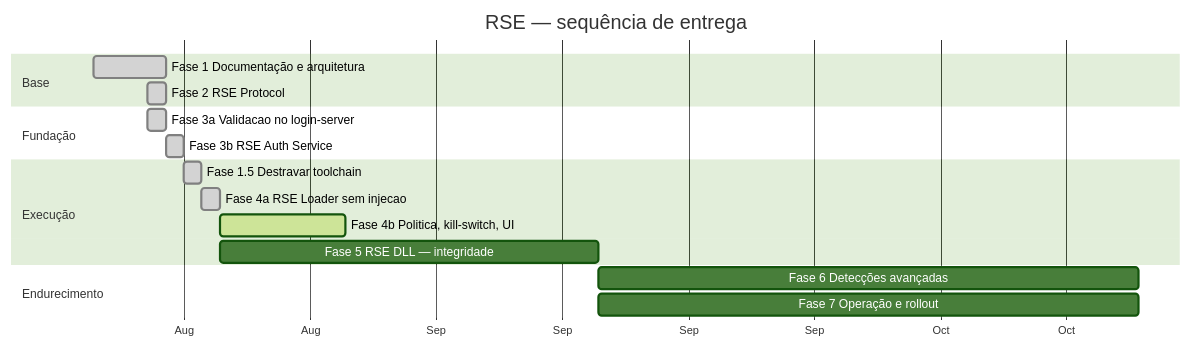
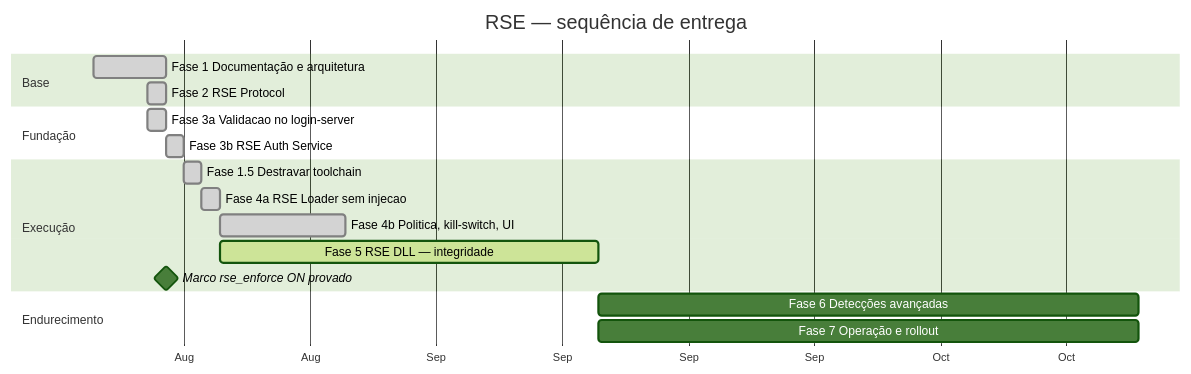
Before and after one commit to phillipelink/ragnalink-patcher: the diagram in docs/ROADMAP.md, drawn with Mermaid (forest theme). The commit also changed other lines of this file and 29 other files, not shown here.

````diff
--- a/docs/ROADMAP.md
+++ b/docs/ROADMAP.md
@@ -9,20 +9,21 @@
 ```mermaid
 gantt
     title RSE — sequência de entrega
     dateFormat YYYY-MM-DD
     axisFormat %b
     section Base
     Fase 1  Documentação e arquitetura   :done, f1, 2026-08-18, 4d
     Fase 2  RSE Protocol                  :done, f2, 2026-08-21, 1d
     section Fundação
     Fase 3a Validacao no login-server     :done, f3a, 2026-08-21, 1d
     Fase 3b RSE Auth Service              :done, f3b, after f3a, 1d
     section Execução
     Fase 1.5 Destravar toolchain          :done, f15, after f3b, 1d
     Fase 4a RSE Loader sem injecao        :done, f4a, after f15, 1d
-    Fase 4b Politica, kill-switch, UI     :active, f4b, after f4a, 7d
-    Fase 5  RSE DLL — integridade         :f5, after f4, 21d
+    Fase 4b Politica, kill-switch, UI     :done, f4b, after f4a, 7d
+    Fase 5  RSE DLL — integridade         :active, f5, after f4, 21d
+    Marco   rse_enforce ON provado        :milestone, m1, 2026-08-22, 0d
     section Endurecimento
     Fase 6  Detecções avançadas           :f6, after f5, 30d
     Fase 7  Operação e rollout            :f7, after f5, 30d
 ```
````
